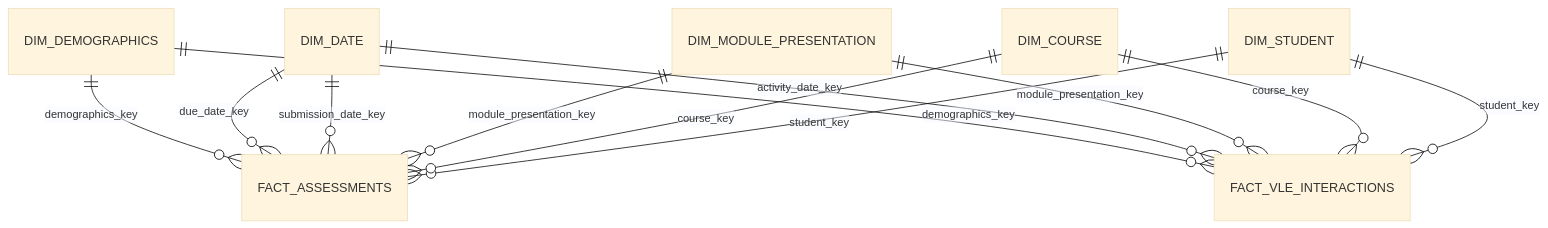
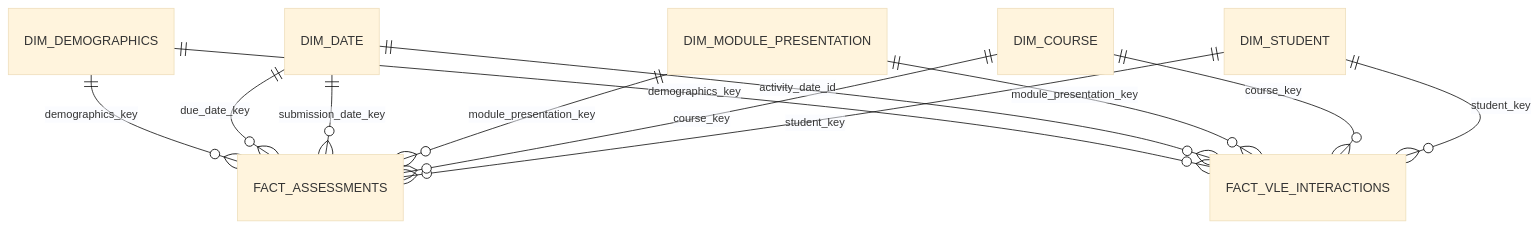
The diagram in docs/data_model.md (killuazai/oulad-dataset), drawn with Mermaid (base theme) before and after one commit. The commit also changed other lines of this file and 33 other files, not shown here.

Commit message:
Align final star schema and dbt quality pipeline

````diff
--- a/docs/data_model.md
+++ b/docs/data_model.md
@@ -21,18 +23,18 @@
 ```mermaid
 erDiagram
     DIM_STUDENT ||--o{ FACT_ASSESSMENTS : student_key
     DIM_STUDENT ||--o{ FACT_VLE_INTERACTIONS : student_key
 
     DIM_COURSE ||--o{ FACT_ASSESSMENTS : course_key
     DIM_COURSE ||--o{ FACT_VLE_INTERACTIONS : course_key
 
     DIM_MODULE_PRESENTATION ||--o{ FACT_ASSESSMENTS : module_presentation_key
     DIM_MODULE_PRESENTATION ||--o{ FACT_VLE_INTERACTIONS : module_presentation_key
 
     DIM_DATE ||--o{ FACT_ASSESSMENTS : submission_date_key
     DIM_DATE ||--o{ FACT_ASSESSMENTS : due_date_key
-    DIM_DATE ||--o{ FACT_VLE_INTERACTIONS : activity_date_key
+    DIM_DATE ||--o{ FACT_VLE_INTERACTIONS : activity_date_id
 
     DIM_DEMOGRAPHICS ||--o{ FACT_ASSESSMENTS : demographics_key
     DIM_DEMOGRAPHICS ||--o{ FACT_VLE_INTERACTIONS : demographics_key
 ```
````
